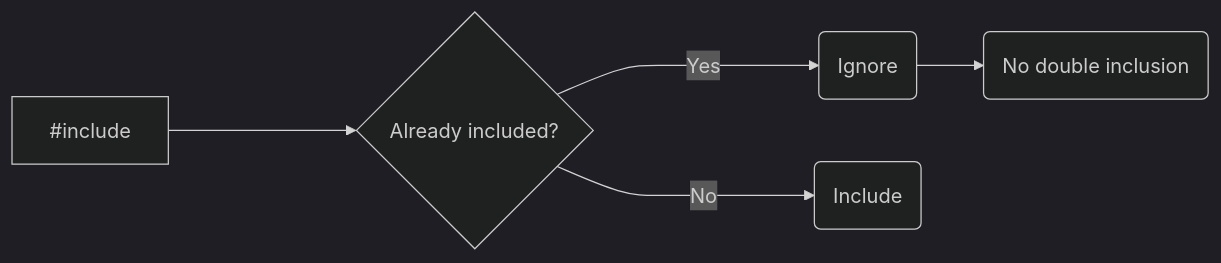
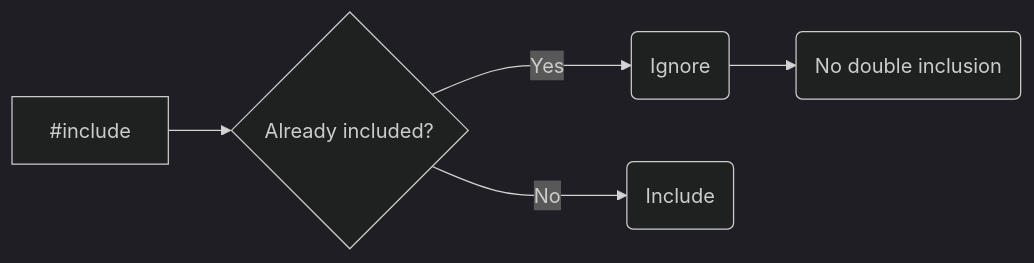
One commit to HiddenAbilitree/9964A-PROSject changed the first of 2 diagrams in docs/Program Documentation.md. Above: the diagram before and after it, drawn with Mermaid (dark theme). The commit also changed other lines of this file and 1 other file, not shown here.

````diff
--- a/docs/Program Documentation.md
+++ b/docs/Program Documentation.md
@@ -26,7 +27,7 @@
     ```mermaid
     graph LR
-    A[#include] ----> B{Already included?};
-    B ---->|Yes| C(Ignore);
-    B ---->|No| D(Include);
+    A[#include] --> B{Already included?};
+    B --->|Yes| C(Ignore);
+    B --->|No| D(Include);
     C --> E(No double inclusion);
     ``` 
````
